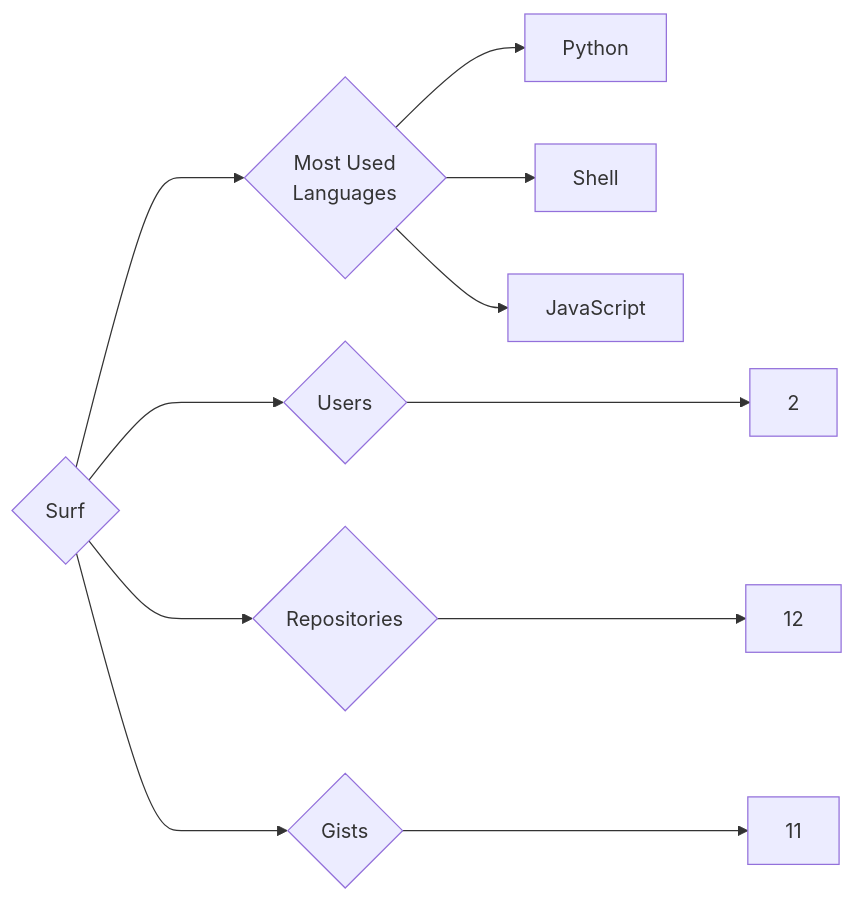
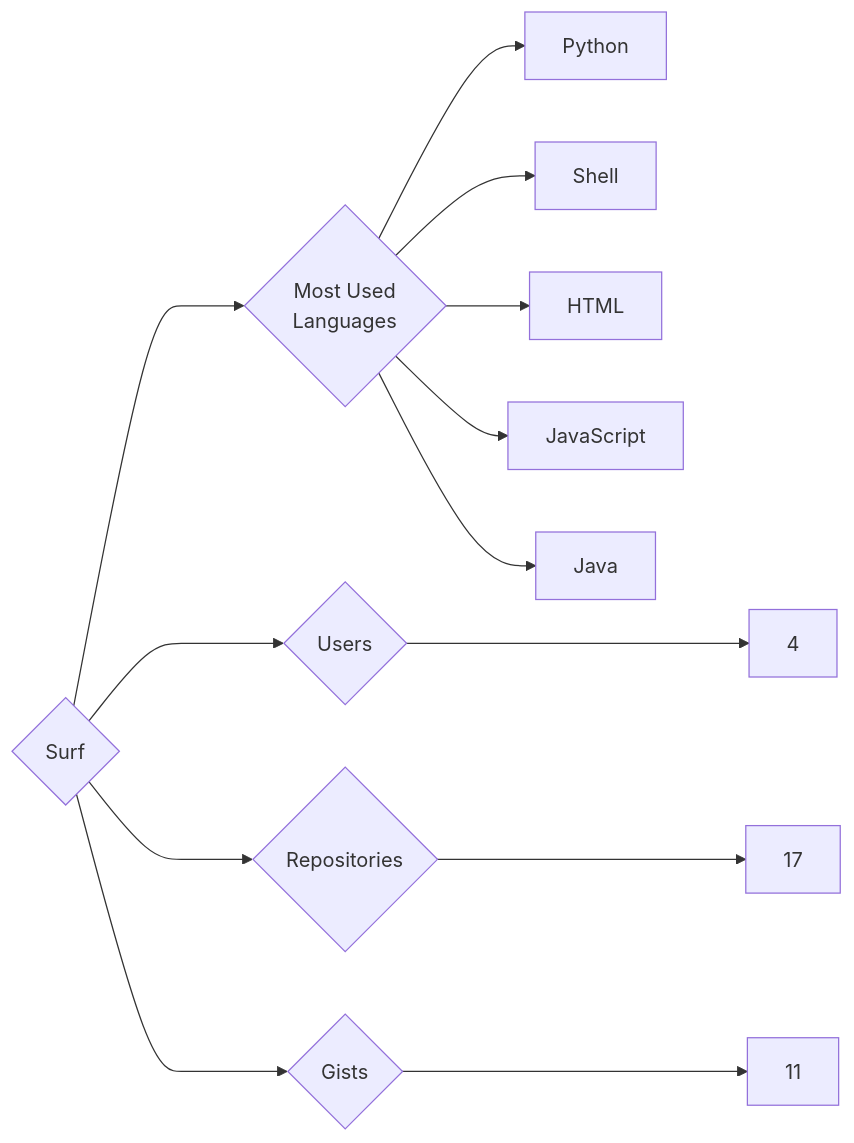
One commit to trickest/insiders changed the diagram in targets/Surf/README.md. Above: the diagram before and after it, drawn with Mermaid. The commit also changed 534 other files, not shown here.

````diff
--- a/targets/Surf/README.md
+++ b/targets/Surf/README.md
@@ -3,11 +3,13 @@
 ```mermaid
 graph LR
 COMPANY_NAME{Surf}
-COMPANY_NAME ---> U{Users} ---> UN[2]
-COMPANY_NAME ---> R{Repositories} ---> RN[12]
+COMPANY_NAME ---> U{Users} ---> UN[4]
+COMPANY_NAME ---> R{Repositories} ---> RN[17]
 COMPANY_NAME ---> G{Gists} ---> GN[11]
 COMPANY_NAME ---> ML{Most Used<br>Languages}
 ML --> Python[Python]
 ML --> Shell[Shell]
+ML --> HTML[HTML]
 ML --> JavaScript[JavaScript]
+ML --> Java[Java]
 ```
````
